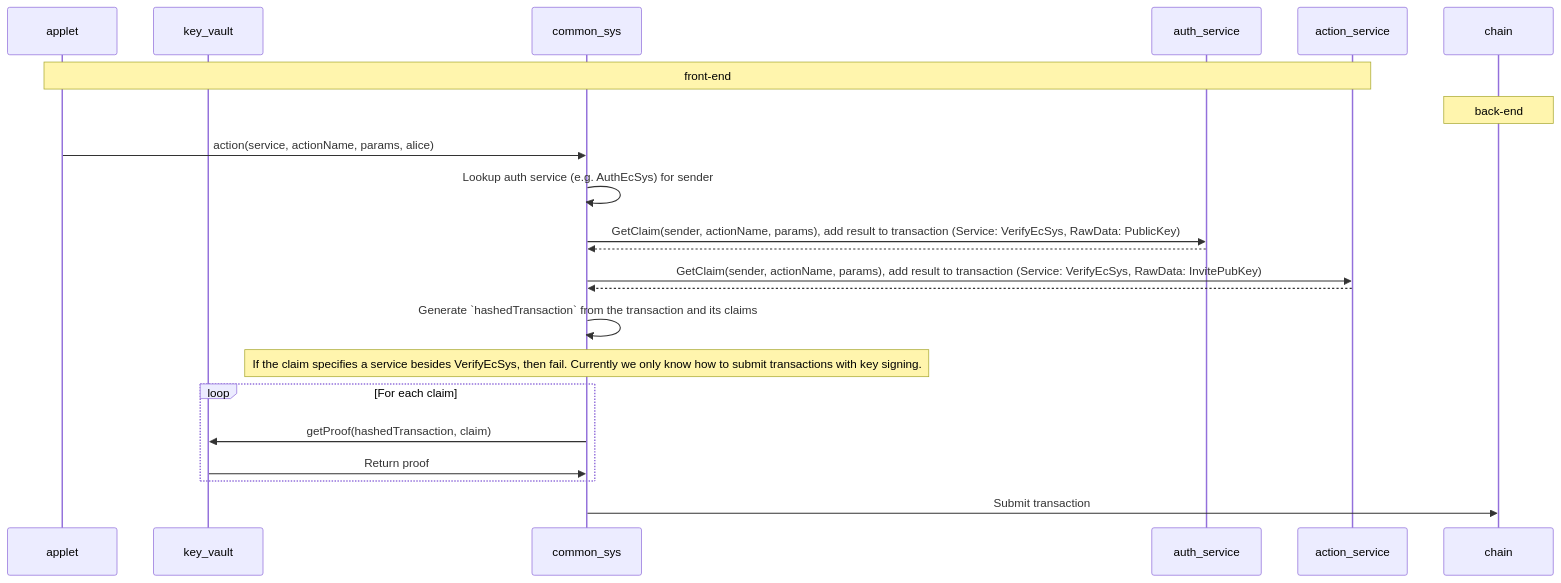
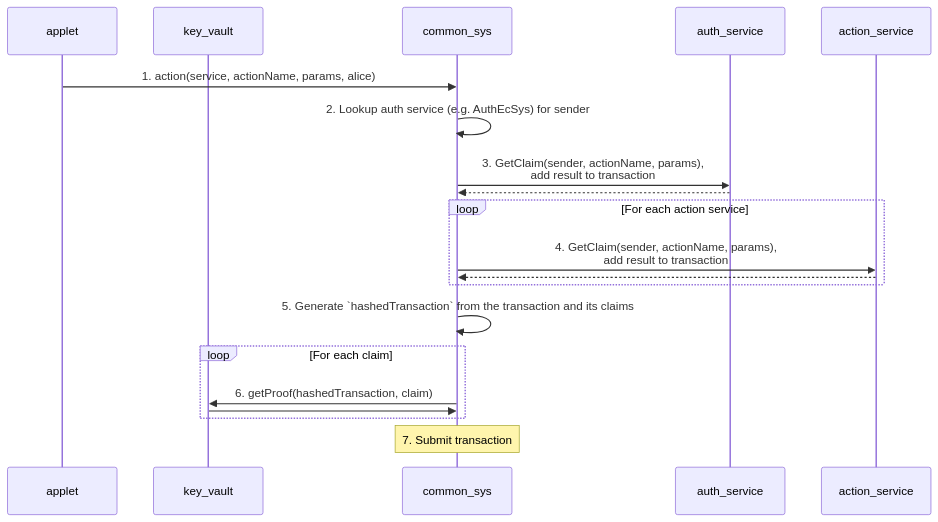
The diagram in doc/psidk/src/applet/transaction-signing.md (gofractally/psibase), drawn with Mermaid before and after one commit. The commit also changed other lines of this file, not shown here.

Commit message:
update transaction-signing doc

````diff
--- a/doc/psidk/src/applet/transaction-signing.md
+++ b/doc/psidk/src/applet/transaction-signing.md
@@ -9,28 +11,24 @@
 ```mermaid
 sequenceDiagram
 
 participant applet
 participant key_vault
 participant common_sys
 participant auth_service
 participant action_service
-participant chain
 
-
-Note over applet,action_service: front-end
-Note over chain: back-end
-
-applet->>common_sys: action(service, actionName, params, alice)
-common_sys->>common_sys: Lookup auth service (e.g. AuthEcSys) for sender
-common_sys->>auth_service: GetClaim(sender, actionName, params), add result to transaction (Service: VerifyEcSys, RawData: PublicKey)
+applet->>common_sys: 1. action(service, actionName, params, alice)
+common_sys->>common_sys: 2. Lookup auth service (e.g. AuthEcSys) for sender
+common_sys->>auth_service: 3. GetClaim(sender, actionName, params), <br>add result to transaction
 auth_service-->>common_sys: 
-common_sys->>action_service: GetClaim(sender, actionName, params), add result to transaction (Service: VerifyEcSys, RawData: InvitePubKey)
+loop For each action service
+common_sys->>action_service: 4. GetClaim(sender, actionName, params), <br>add result to transaction
 action_service-->>common_sys: 
-common_sys->>common_sys: Generate `hashedTransaction` from the transaction and its claims
-Note over common_sys: If the claim specifies a service besides VerifyEcSys, then fail. Currently we only know how to submit transactions with key signing.
+end
+common_sys->>common_sys: 5. Generate `hashedTransaction` from the transaction and its claims
 loop For each claim
-   common_sys->>key_vault: getProof(hashedTransaction, claim)
-   key_vault->>common_sys: Return proof
+   common_sys->>key_vault: 6. getProof(hashedTransaction, claim)
+   key_vault->>common_sys: 
 end
-common_sys->>chain: Submit transaction
+Note over common_sys: 7. Submit transaction
 ```
````
